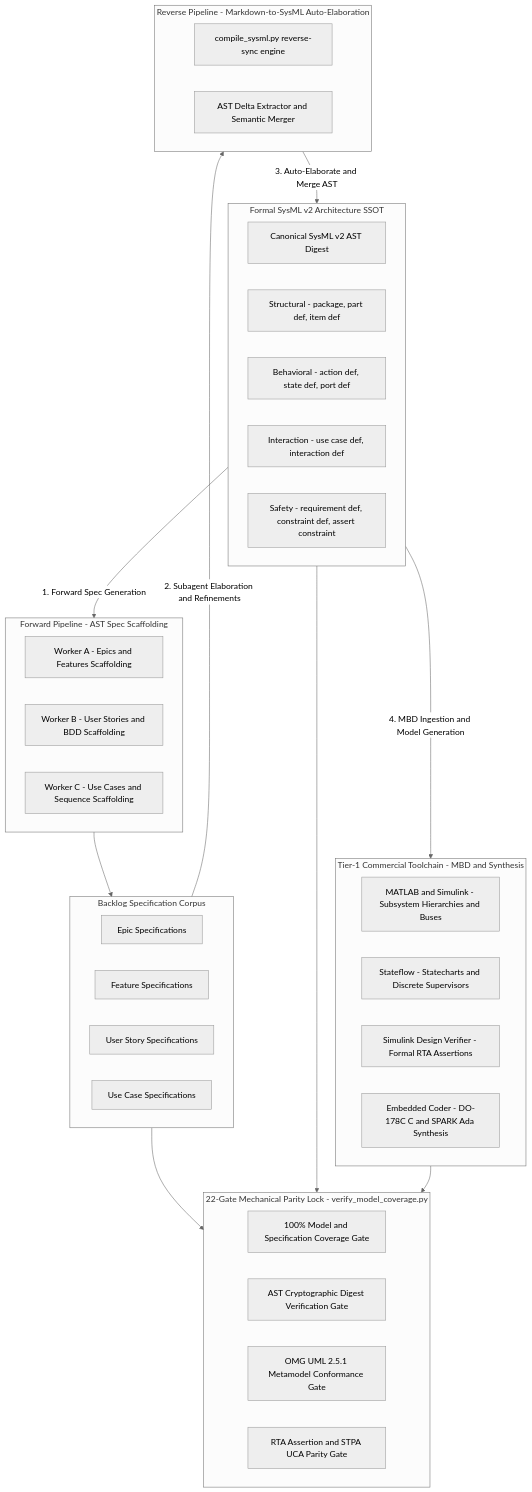
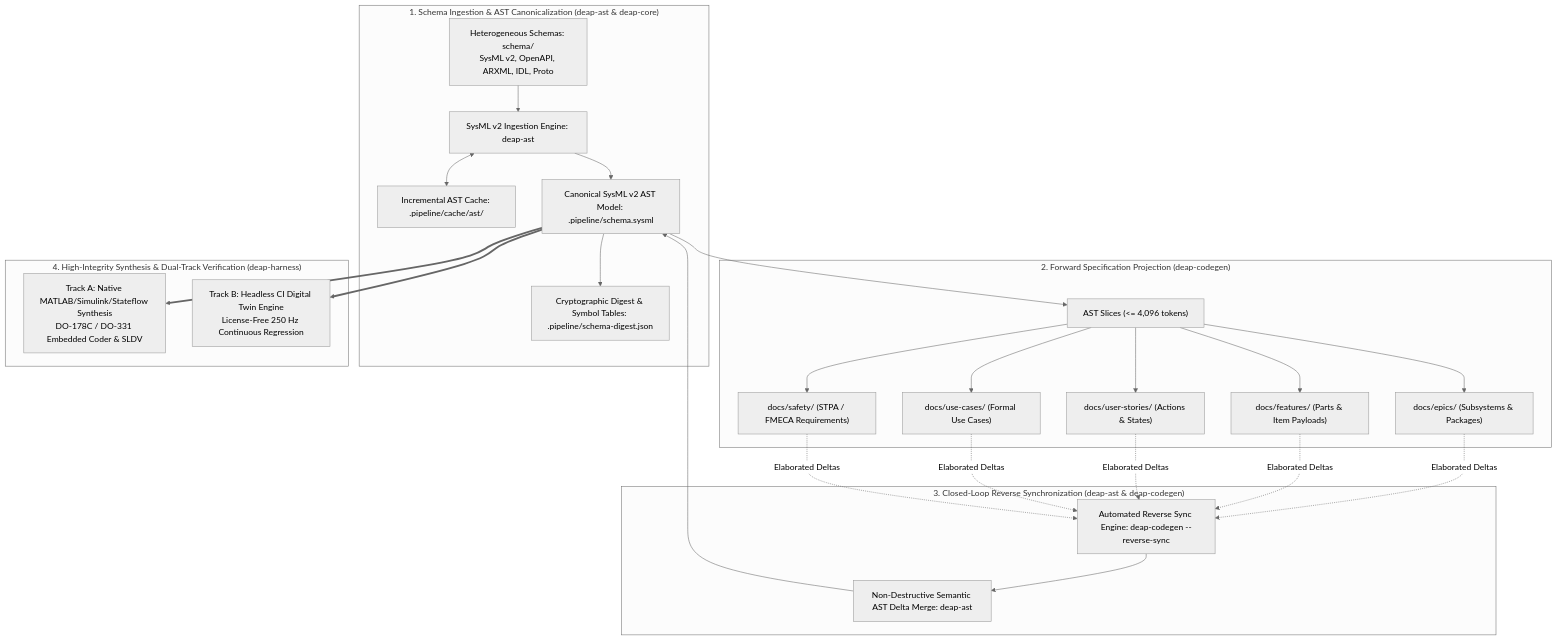
One commit to gintatkinson/DEAP-profile-flutter-app changed the first of 2 diagrams in docs/architecture/blueprints/SYSML_SSOT_BIDIRECTIONAL_SYNCHRONIZATION_ARCHITECTURE.md. Above: the diagram before and after it, drawn with Mermaid (neutral theme). The commit also changed other lines of this file and 174 other files, not shown here.

Commit message:
feat(verify-baseline,compile-sysml,ingest-sysml,deap-core,app_flutter): propagate Check 36 per-item 7-section docstring gate, Check 33 zero-Python content scanner, FEAT-42 docstring synthesizer, and 100% Dart/Rust 7-section safety docstrings (refs #465, #466, #467, #468, #469)

````diff
--- a/docs/architecture/blueprints/SYSML_SSOT_BIDIRECTIONAL_SYNCHRONIZATION_ARCHITECTURE.md
+++ b/docs/architecture/blueprints/SYSML_SSOT_BIDIRECTIONAL_SYNCHRONIZATION_ARCHITECTURE.md
@@ -20,51 +31,53 @@
 ```mermaid
-flowchart TB
-    subgraph SysML_SSOT ["Formal SysML v2 Architecture SSOT"]
-        AST_Root["Canonical SysML v2 AST Digest"]
-        Pkg_Struct["Structural - package, part def, item def"]
-        Pkg_Behav["Behavioral - action def, state def, port def"]
-        Pkg_Interact["Interaction - use case def, interaction def"]
-        Pkg_Safety["Safety - requirement def, constraint def, assert constraint"]
+flowchart TD
+    subgraph Ingestion["1. Schema Ingestion & AST Canonicalization (deap-ast & deap-core)"]
+        HET_SCHEMA["Heterogeneous Schemas: schema/\nSysML v2, OpenAPI, ARXML, IDL, Proto"]
+        INGEST_ENG["SysML v2 Ingestion Engine: deap-ast"]
+        CACHE["Incremental AST Cache: .pipeline/cache/ast/"]
+        SYSML_AST["Canonical SysML v2 AST Model: .pipeline/schema.sysml"]
+        DIGEST["Cryptographic Digest & Symbol Tables: .pipeline/schema-digest.json"]
     end
 
-    subgraph Forward_Pipeline ["Forward Pipeline - AST Spec Scaffolding"]
-        Fwd_A["Worker A - Epics and Features Scaffolding"]
-        Fwd_B["Worker B - User Stories and BDD Scaffolding"]
-        Fwd_C["Worker C - Use Cases and Sequence Scaffolding"]
+    subgraph Downstream["2. Forward Specification Projection (deap-codegen)"]
+        SLICES["AST Slices (<= 4,096 tokens)"]
+        EPICS["docs/epics/ (Subsystems & Packages)"]
+        FEATS["docs/features/ (Parts & Item Payloads)"]
+        STORIES["docs/user-stories/ (Actions & States)"]
+        USECASES["docs/use-cases/ (Formal Use Cases)"]
+        SAFETY["docs/safety/ (STPA / FMECA Requirements)"]
     end
 
-    subgraph Backlog_Docs ["Backlog Specification Corpus"]
-        Doc_Epics["Epic Specifications"]
-        Doc_Features["Feature Specifications"]
-        Doc_Stories["User Story Specifications"]
-        Doc_UseCases["Use Case Specifications"]
+    subgraph ReverseSync["3. Closed-Loop Reverse Synchronization (deap-ast & deap-codegen)"]
+        REVERSE_ENG["Automated Reverse Sync Engine: deap-codegen --reverse-sync"]
+        DELTA_MERGE["Non-Destructive Semantic AST Delta Merge: deap-ast"]
     end
 
-    subgraph Reverse_Pipeline ["Reverse Pipeline - Markdown-to-SysML Auto-Elaboration"]
-        Rev_Engine["compile_sysml.py reverse-sync engine"]
-        AST_Delta["AST Delta Extractor and Semantic Merger"]
+    subgraph DualTrack["4. High-Integrity Synthesis & Dual-Track Verification (deap-harness)"]
+        TRACK_A["Track A: Native MATLAB/Simulink/Stateflow Synthesis\nDO-178C / DO-331 Embedded Coder & SLDV"]
+        TRACK_B["Track B: Headless CI Digital Twin Engine\nLicense-Free 250 Hz Continuous Regression"]
     end
 
-    subgraph Commercial_Toolchain ["Tier-1 Commercial Toolchain - MBD and Synthesis"]
-        Simulink["MATLAB and Simulink - Subsystem Hierarchies and Buses"]
-        Stateflow["Stateflow - Statecharts and Discrete Supervisors"]
-        SLDV["Simulink Design Verifier - Formal RTA Assertions"]
-        Coder["Embedded Coder - DO-178C C and SPARK Ada Synthesis"]
-    end
+    HET_SCHEMA --> INGEST_ENG
+    INGEST_ENG <--> CACHE
+    INGEST_ENG --> SYSML_AST
+    SYSML_AST --> DIGEST
 
-    subgraph Verification_Lock ["22-Gate Mechanical Parity Lock - verify_model_coverage.py"]
-        Gate_Cover["100% Model and Specification Coverage Gate"]
-        Gate_AST["AST Cryptographic Digest Verification Gate"]
-        Gate_UML["OMG UML 2.5.1 Metamodel Conformance Gate"]
-        Gate_Safety["RTA Assertion and STPA UCA Parity Gate"]
-    end
+    SYSML_AST --> SLICES
+    SLICES --> EPICS
+    SLICES --> FEATS
+    SLICES --> STORIES
+    SLICES --> USECASES
+    SLICES --> SAFETY
 
-    SysML_SSOT -->|"1. Forward Spec Generation"| Forward_Pipeline
-    Forward_Pipeline --> Backlog_Docs
-    Backlog_Docs -->|"2. Subagent Elaboration and Refinements"| Reverse_Pipeline
-    Reverse_Pipeline -->|"3. Auto-Elaborate and Merge AST"| SysML_SSOT
-    SysML_SSOT -->|"4. MBD Ingestion and Model Generation"| Commercial_Toolchain
-    Backlog_Docs --> Verification_Lock
-    SysML_SSOT --> Verification_Lock
-    Commercial_Toolchain --> Verification_Lock
+    EPICS -.->|"Elaborated Deltas"| REVERSE_ENG
+    FEATS -.->|"Elaborated Deltas"| REVERSE_ENG
+    STORIES -.->|"Elaborated Deltas"| REVERSE_ENG
+    USECASES -.->|"Elaborated Deltas"| REVERSE_ENG
+    SAFETY -.->|"Elaborated Deltas"| REVERSE_ENG
+
+    REVERSE_ENG --> DELTA_MERGE
+    DELTA_MERGE --> SYSML_AST
+
+    SYSML_AST ==> TRACK_A
+    SYSML_AST ==> TRACK_B
 ```
````
